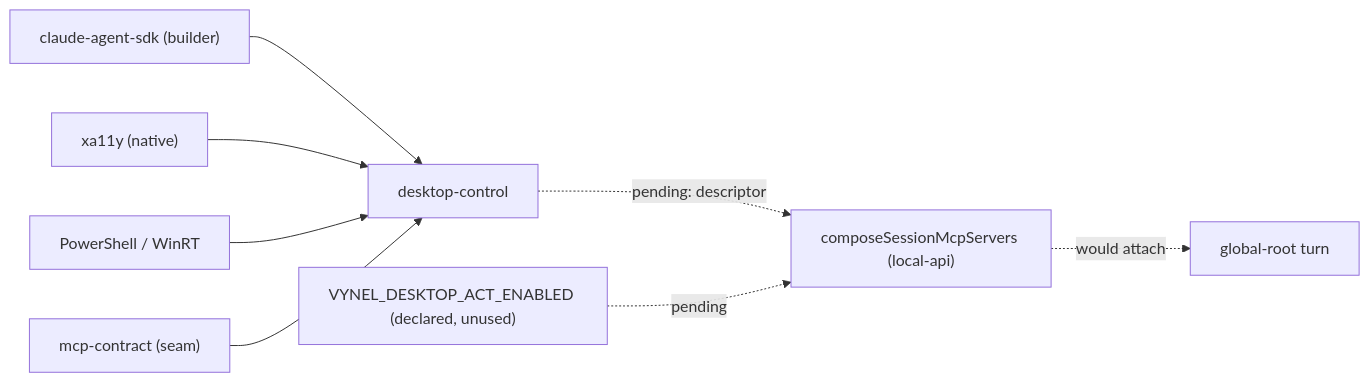
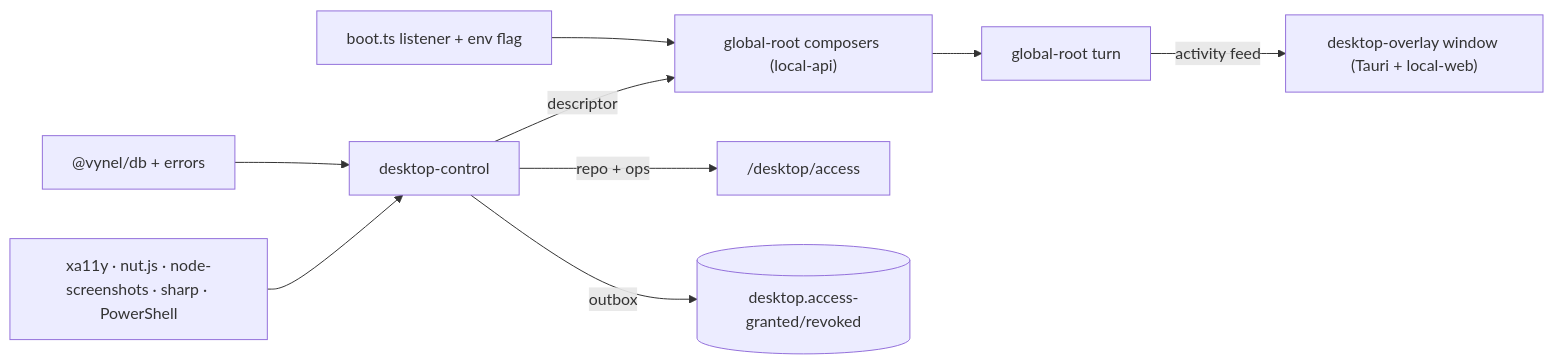
Before and after one commit to chadnicely/Vynel-Demo: the fourth of 4 diagrams in .claude/docs/desktop-control/structure.md, drawn with Mermaid. The commit also changed other lines of this file and 3 other files, not shown here.

Commit message:
docs(desktop): refresh desktop-control book for the security model

````diff
--- a/.claude/docs/desktop-control/structure.md
+++ b/.claude/docs/desktop-control/structure.md
@@ -154,10 +234,11 @@
 ```mermaid
 flowchart LR
-    sdk["claude-agent-sdk (builder)"] --> DC[desktop-control]
-    xa["xa11y (native)"] --> DC
-    ps["PowerShell / WinRT"] --> DC
-    contract["mcp-contract (seam)"] --> DC
-    DC -. pending: descriptor .-> composer["composeSessionMcpServers (local-api)"]
-    env["VYNEL_DESKTOP_ACT_ENABLED (declared, unused)"] -. pending .-> composer
-    composer -. would attach .-> root["global-root turn"]
+    natives["xa11y · nut.js · node-screenshots · sharp · PowerShell"] --> DC[desktop-control]
+    kernel["@vynel/db + errors"] --> DC
+    DC -->|descriptor| composer["global-root composers (local-api)"]
+    boot["boot.ts listener + env flag"] --> composer
+    DC -->|repo + ops| routes["/desktop/access"]
+    DC -->|outbox| outbox[("desktop.access-granted/revoked")]
+    composer --> turn["global-root turn"]
+    turn -->|activity feed| overlay["desktop-overlay window (Tauri + local-web)"]
 ```
````
